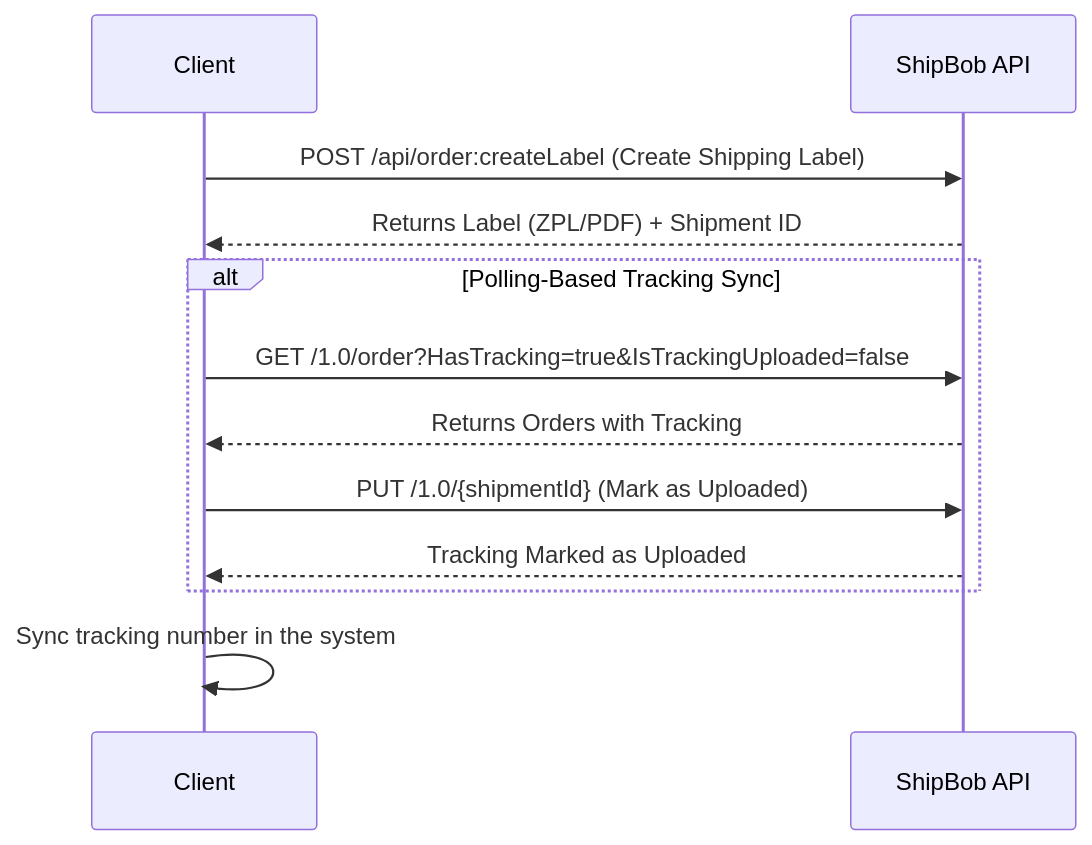
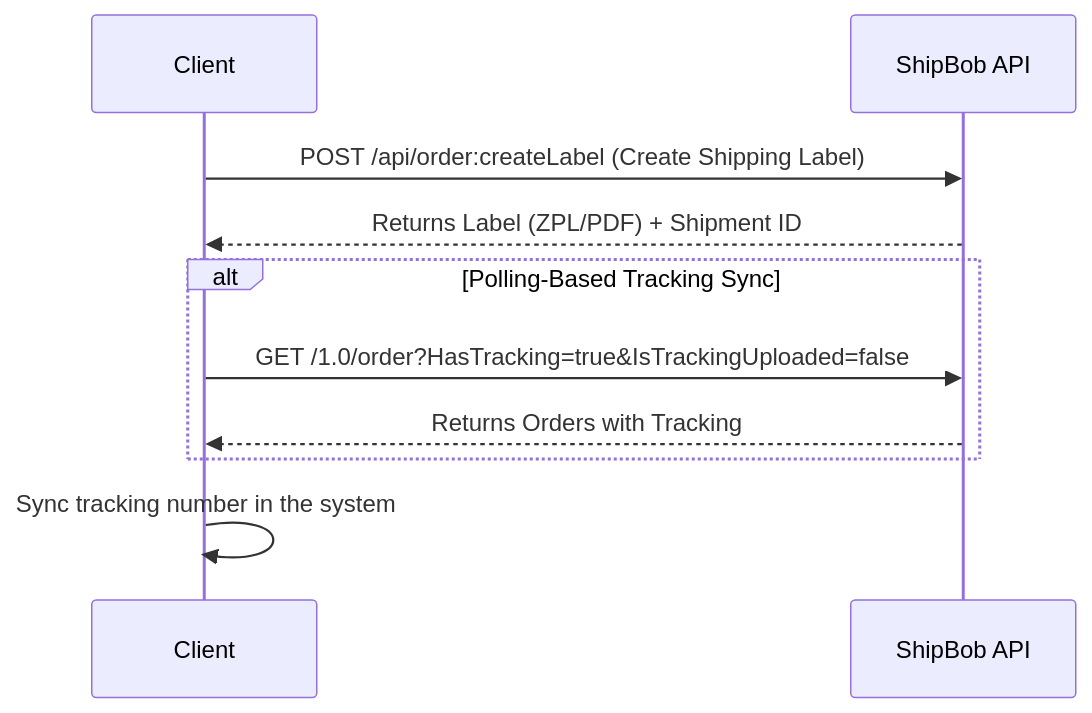
Before and after one commit to shalabhshipbob/shipbob-docs: the diagram in logistics/overview.mdx, drawn with Mermaid. The commit also changed other lines of this file, not shown here.

````diff
--- a/logistics/overview.mdx
+++ b/logistics/overview.mdx
@@ -8,17 +9,15 @@
 ```mermaid
 sequenceDiagram
     participant Client
     participant ShipBob API
 
     Client->>ShipBob API: POST /api/order:createLabel (Create Shipping Label)
     ShipBob API-->>Client: Returns Label (ZPL/PDF) + Shipment ID
 
     alt Polling-Based Tracking Sync
         Client->>ShipBob API: GET /1.0/order?HasTracking=true&IsTrackingUploaded=false
         ShipBob API-->>Client: Returns Orders with Tracking
-        Client->>ShipBob API: PUT /1.0/{shipmentId} (Mark as Uploaded)
-        ShipBob API-->>Client: Tracking Marked as Uploaded
     end
 
     Client->>Client: Sync tracking number in the system
 ```
````
